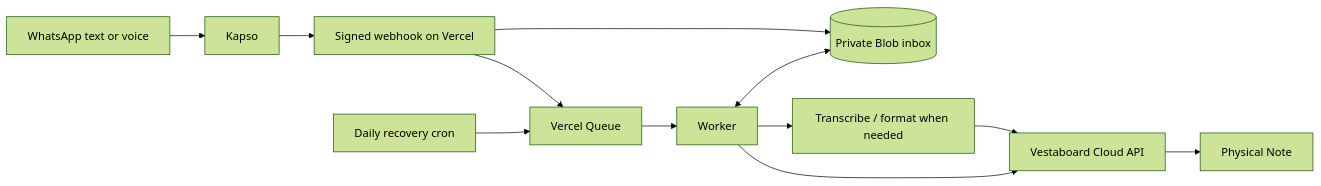
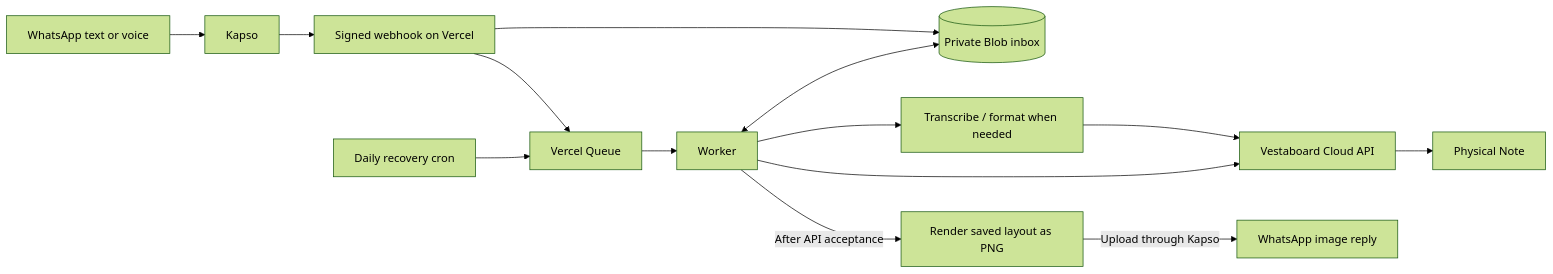
The diagram in README.md (fiehtle/whatsapp-vestaboard-note), drawn with Mermaid (forest theme) before and after one commit. The commit also changed other lines of this file and 20 other files, not shown here.

````diff
--- a/README.md
+++ b/README.md
@@ -21,14 +22,16 @@
 ```mermaid
 flowchart LR
   W[WhatsApp text or voice] --> K[Kapso]
   K --> H[Signed webhook on Vercel]
   H --> B[(Private Blob inbox)]
   H --> Q[Vercel Queue]
   Q --> R[Worker]
   R <--> B
   R --> A[Transcribe / format when needed]
   A --> V[Vestaboard Cloud API]
   R --> V
   V --> N[Physical Note]
+  R -->|After API acceptance| P[Render saved layout as PNG]
+  P -->|Upload through Kapso| I[WhatsApp image reply]
   C[Daily recovery cron] --> Q
 ```
````
